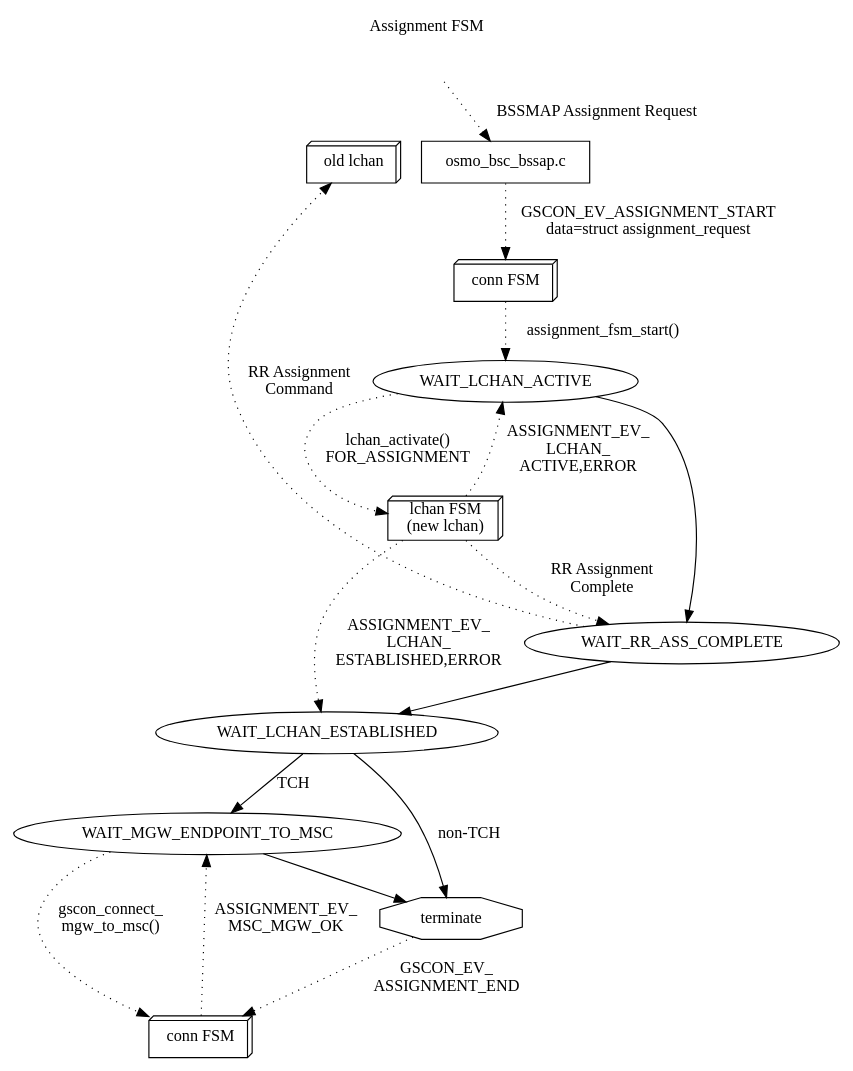
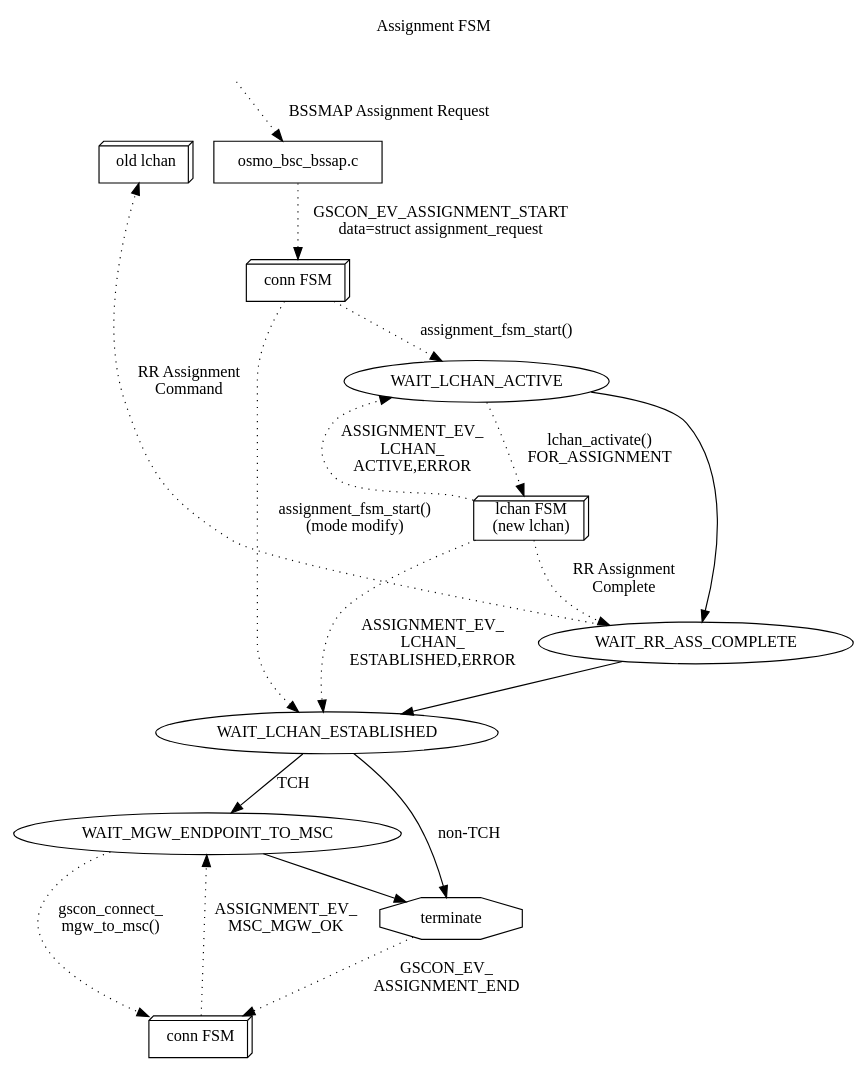
The diagram in doc/assignment-fsm.dot (osmocom/osmo-bsc), drawn with Graphviz before and after one commit. The commit also changed 9 other files, not shown here.

First line of the commit message:
lchan_fsm: make rsl mode-modify working again

```diff
--- a/doc/assignment-fsm.dot
+++ b/doc/assignment-fsm.dot
@@ -1,42 +1,43 @@
 digraph G {
 rankdir=TB
 labelloc=t; label="Assignment FSM"
 	
 	WAIT_LCHAN_ACTIVE
 	WAIT_RR_ASS_COMPLETE
 	WAIT_LCHAN_ESTABLISHED
 	WAIT_MGW_ENDPOINT_TO_MSC
 	terminate [shape=octagon]
 	
 	gscon [label="conn FSM",shape=box3d]
 	gscon2 [label="conn FSM",shape=box3d]
 	lchan [label="lchan FSM\n(new lchan)",shape=box3d]
 	old_lchan [label="old lchan",shape=box3d]
 
 	bssap [label="osmo_bsc_bssap.c",shape=box]
 
 	invisible [style="invisible"]
 	invisible -> bssap [label="BSSMAP Assignment Request",style=dotted]
 	invisible -> old_lchan [style=invisible,arrowhead=none]
 
 	bssap -> gscon [label="GSCON_EV_ASSIGNMENT_START\ndata=struct assignment_request",style=dotted]
 
 	gscon -> WAIT_LCHAN_ACTIVE [label="assignment_fsm_start()",style=dotted]
+	gscon -> WAIT_LCHAN_ESTABLISHED [label="assignment_fsm_start()\n(mode modify)",style=dotted]
         WAIT_LCHAN_ACTIVE -> lchan [label="lchan_activate()\nFOR_ASSIGNMENT",style=dotted]
 	lchan -> WAIT_LCHAN_ACTIVE [label="ASSIGNMENT_EV_\nLCHAN_\nACTIVE,ERROR",style=dotted]
 	lchan -> WAIT_LCHAN_ESTABLISHED [label="ASSIGNMENT_EV_\nLCHAN_\nESTABLISHED,ERROR",style=dotted]
 
 	WAIT_LCHAN_ACTIVE -> WAIT_RR_ASS_COMPLETE
 
 	WAIT_RR_ASS_COMPLETE -> old_lchan [label="RR Assignment\nCommand",style=dotted,constraint=false]
 	lchan -> WAIT_RR_ASS_COMPLETE [label="RR Assignment\nComplete",style=dotted]
 
 	WAIT_RR_ASS_COMPLETE -> WAIT_LCHAN_ESTABLISHED
 
 	WAIT_LCHAN_ESTABLISHED -> WAIT_MGW_ENDPOINT_TO_MSC [label="TCH"]
 	WAIT_LCHAN_ESTABLISHED -> terminate [label="non-TCH"]
 	WAIT_MGW_ENDPOINT_TO_MSC -> terminate
 	WAIT_MGW_ENDPOINT_TO_MSC -> gscon2 [label="gscon_connect_\nmgw_to_msc()",style=dotted]
 	gscon2 -> WAIT_MGW_ENDPOINT_TO_MSC [label="ASSIGNMENT_EV_\nMSC_MGW_OK",style=dotted]
 	terminate -> gscon2 [label="GSCON_EV_\nASSIGNMENT_END",style=dotted]
 }
```
